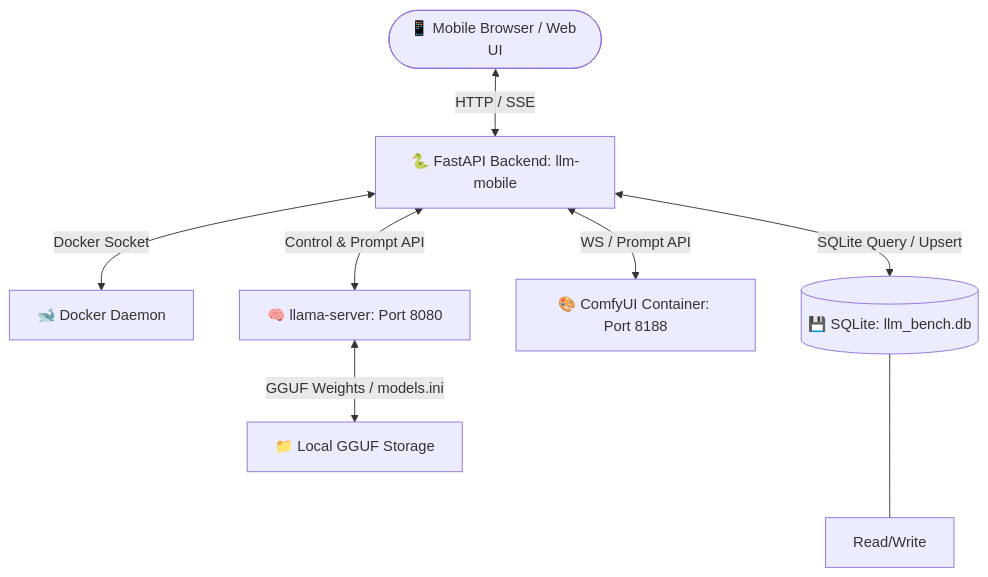
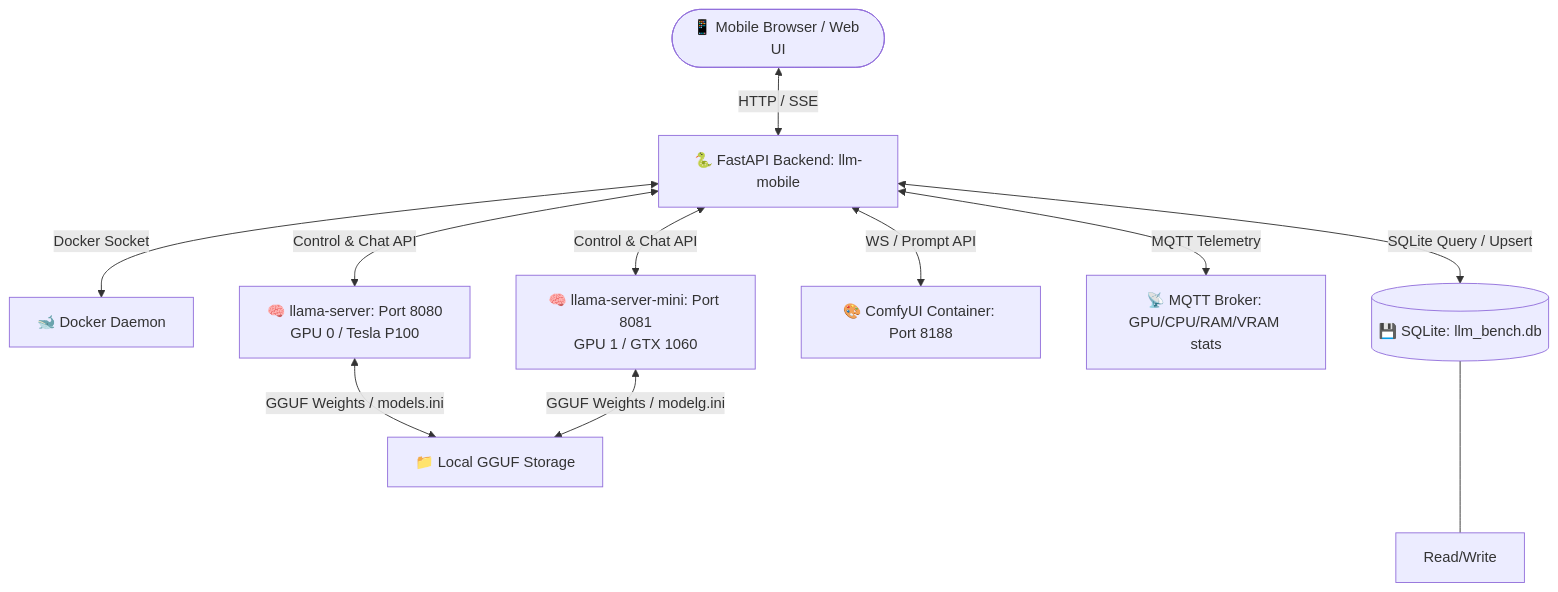
One commit to navynui/llmMobile changed the diagram in README.md. Above: the diagram before and after it, drawn with Mermaid. The commit also changed other lines of this file and 1 other file, not shown here.

Commit message:
docs: update README.md and AGENTS.md for dual llama-server architecture (Phase K)

````diff
--- a/README.md
+++ b/README.md
@@ -10,10 +10,13 @@
 ```mermaid
 graph TD
     User([📱 Mobile Browser / Web UI]) <-->|HTTP / SSE| MobileBack[🐍 FastAPI Backend: llm-mobile]
     MobileBack <-->|Docker Socket| DockerEngine[🐋 Docker Daemon]
-    MobileBack <-->|Control & Prompt API| LLMServer[🧠 llama-server: Port 8080]
+    MobileBack <-->|Control & Chat API| LLMServer[🧠 llama-server: Port 8080<br/>GPU 0 / Tesla P100]
+    MobileBack <-->|Control & Chat API| LLMServerMini[🧠 llama-server-mini: Port 8081<br/>GPU 1 / GTX 1060]
     MobileBack <-->|WS / Prompt API| ComfyUI[🎨 ComfyUI Container: Port 8188]
+    MobileBack <-->|MQTT Telemetry| MQTT[📡 MQTT Broker: GPU/CPU/RAM/VRAM stats]
     MobileBack <-->|SQLite Query / Upsert| SQLite[(💾 SQLite: llm_bench.db)]
     SQLite <--- Read/Write
     LLMServer <-->|GGUF Weights / models.ini| ModelsFolder[📁 Local GGUF Storage]
+    LLMServerMini <-->|GGUF Weights / modelg.ini| ModelsFolder
 ```
````
